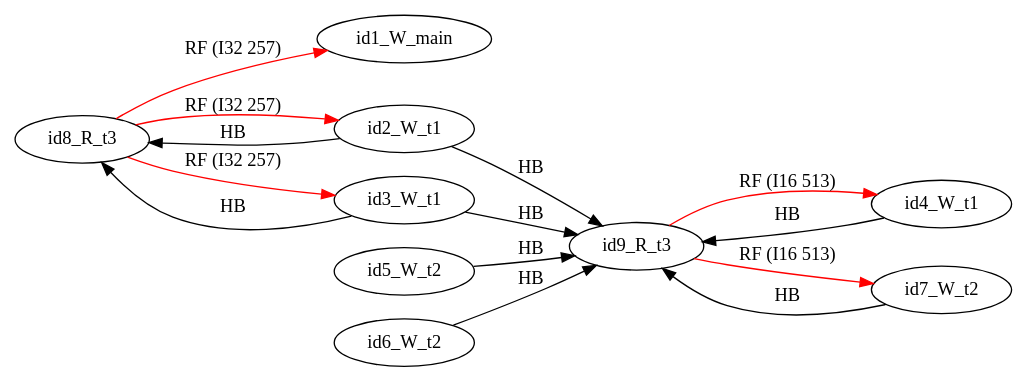
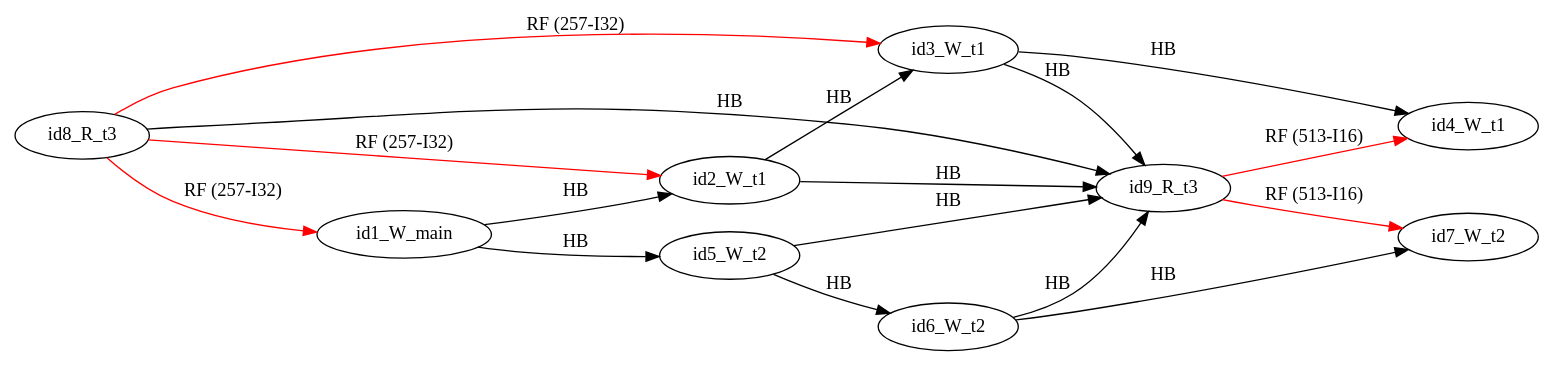
Before and after one commit to FMJS/EMME: the diagram in examples/single_var/sv_simple19/mm28.dot, drawn with Graphviz. The commit also changed 242 other files, not shown here.

```diff
--- a/examples/single_var/sv_simple19/mm28.dot
+++ b/examples/single_var/sv_simple19/mm28.dot
@@ -1,26 +1,29 @@
 digraph memory_model {
 rankdir=LR;
 splines=true; esep=0.5;
-id8_R_t3 -> id1_W_main [label = "RF (I32 257)", color="red"];
-id8_R_t3 -> id2_W_t1 [label = "RF (I32 257)", color="red"];
-id8_R_t3 -> id3_W_t1 [label = "RF (I32 257)", color="red"];
-id9_R_t3 -> id4_W_t1 [label = "RF (I16 513)", color="red"];
-id9_R_t3 -> id7_W_t2 [label = "RF (I16 513)", color="red"];
-id2_W_t1 -> id8_R_t3 [label = "HB", color="black"];
+id8_R_t3 -> id1_W_main [label = "RF (257-I32)", color="red"];
+id8_R_t3 -> id2_W_t1 [label = "RF (257-I32)", color="red"];
+id8_R_t3 -> id3_W_t1 [label = "RF (257-I32)", color="red"];
+id9_R_t3 -> id4_W_t1 [label = "RF (513-I16)", color="red"];
+id9_R_t3 -> id7_W_t2 [label = "RF (513-I16)", color="red"];
+id2_W_t1 -> id3_W_t1 [label = "HB", color="black"];
+id3_W_t1 -> id4_W_t1 [label = "HB", color="black"];
+id5_W_t2 -> id6_W_t2 [label = "HB", color="black"];
+id6_W_t2 -> id7_W_t2 [label = "HB", color="black"];
+id8_R_t3 -> id9_R_t3 [label = "HB", color="black"];
+id1_W_main -> id2_W_t1 [label = "HB", color="black"];
+id1_W_main -> id5_W_t2 [label = "HB", color="black"];
 id2_W_t1 -> id9_R_t3 [label = "HB", color="black"];
-id3_W_t1 -> id8_R_t3 [label = "HB", color="black"];
 id3_W_t1 -> id9_R_t3 [label = "HB", color="black"];
-id4_W_t1 -> id9_R_t3 [label = "HB", color="black"];
 id5_W_t2 -> id9_R_t3 [label = "HB", color="black"];
 id6_W_t2 -> id9_R_t3 [label = "HB", color="black"];
-id7_W_t2 -> id9_R_t3 [label = "HB", color="black"];
 id1_W_main [pos="5.0,6!"]
 id2_W_t1 [pos="0,4!"]
 id3_W_t1 [pos="0,2!"]
 id4_W_t1 [pos="0,0!"]
 id5_W_t2 [pos="5,4!"]
 id6_W_t2 [pos="5,2!"]
 id7_W_t2 [pos="5,0!"]
 id8_R_t3 [pos="10,4!"]
 id9_R_t3 [pos="10,2!"]
 }
```
